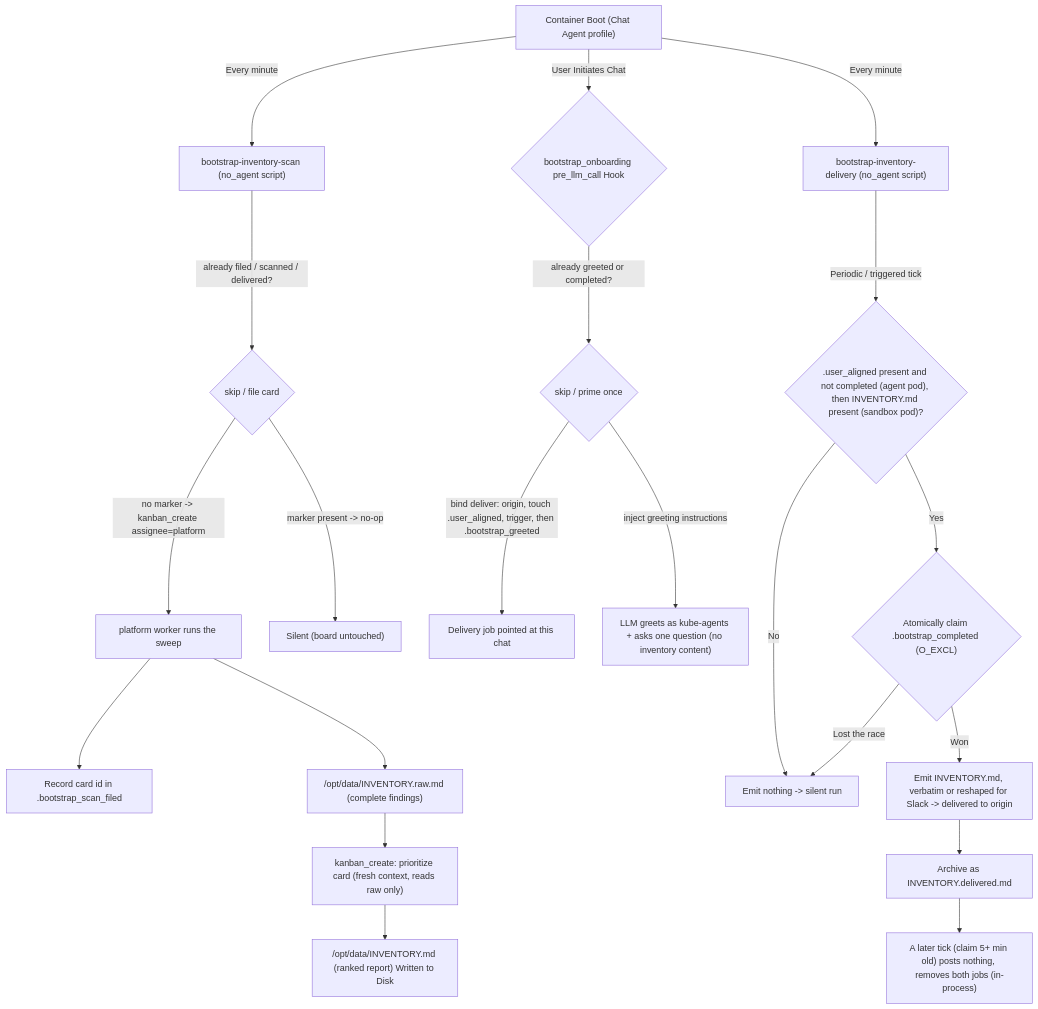
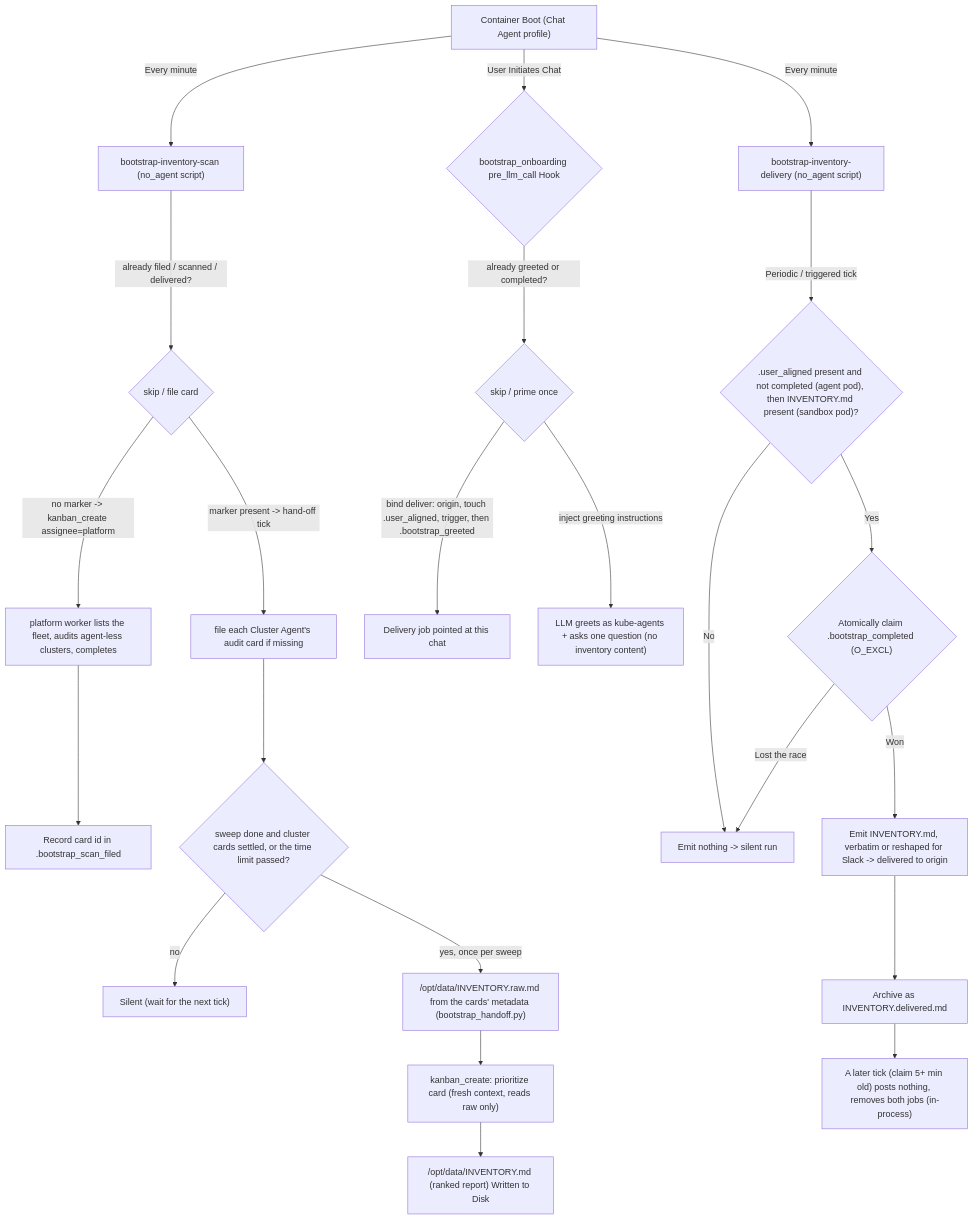
Before and after one commit to Fuxiao-Gao/kube-agents: the first of 3 diagrams in agents/chat/defaults/plugins/bootstrap_onboarding/README.md, drawn with Mermaid. The commit also changed other lines of this file and 37 other files, not shown here.

````diff
--- a/agents/chat/defaults/plugins/bootstrap_onboarding/README.md
+++ b/agents/chat/defaults/plugins/bootstrap_onboarding/README.md
@@ -49,26 +50,28 @@
 ```mermaid
 graph TD
     A["Container Boot (Chat Agent profile)"] -->|Every minute| B["bootstrap-inventory-scan (no_agent script)"]
     A -->|Every minute| C["bootstrap-inventory-delivery (no_agent script)"]
     A -->|User Initiates Chat| D{"bootstrap_onboarding pre_llm_call Hook"}
 
     B -->|already filed / scanned / delivered?| B2{"skip / file card"}
-    B2 -->|no marker -> kanban_create assignee=platform| P["platform worker runs the sweep"]
+    B2 -->|no marker -> kanban_create assignee=platform| P["platform worker lists the fleet, audits agent-less clusters, completes"]
     P --> PM["Record card id in .bootstrap_scan_filed"]
-    P --> R["/opt/data/INVENTORY.raw.md (complete findings)"]
+    B2 -->|marker present -> hand-off tick| HF["file each Cluster Agent's audit card if missing"]
+    HF --> HO{"sweep done and cluster cards settled, or the time limit passed?"}
+    HO -->|no| F["Silent (wait for the next tick)"]
+    HO -->|yes, once per sweep| R["/opt/data/INVENTORY.raw.md from the cards' metadata (bootstrap_handoff.py)"]
     R --> Q["kanban_create: prioritize card (fresh context, reads raw only)"]
     Q --> E["/opt/data/INVENTORY.md (ranked report) Written to Disk"]
-    B2 -->|marker present -> no-op| F["Silent (board untouched)"]
 
     D -->|already greeted or completed?| DG{"skip / prime once"}
     DG -->|bind deliver: origin, touch .user_aligned, trigger, then .bootstrap_greeted| G["Delivery job pointed at this chat"]
     DG -->|inject greeting instructions| H["LLM greets as kube-agents + asks one question (no inventory content)"]
 
     C -->|Periodic / triggered tick| I{".user_aligned present and not completed (agent pod), then INVENTORY.md present (sandbox pod)?"}
     I -->|No| J["Emit nothing -> silent run"]
     I -->|Yes| CL{"Atomically claim .bootstrap_completed (O_EXCL)"}
     CL -->|Lost the race| J
     CL -->|Won| K["Emit INVENTORY.md, verbatim or reshaped for Slack -> delivered to origin"]
     K --> L["Archive as INVENTORY.delivered.md"]
     L --> RT["A later tick (claim 5+ min old) posts nothing, removes both jobs (in-process)"]
 ```
````
